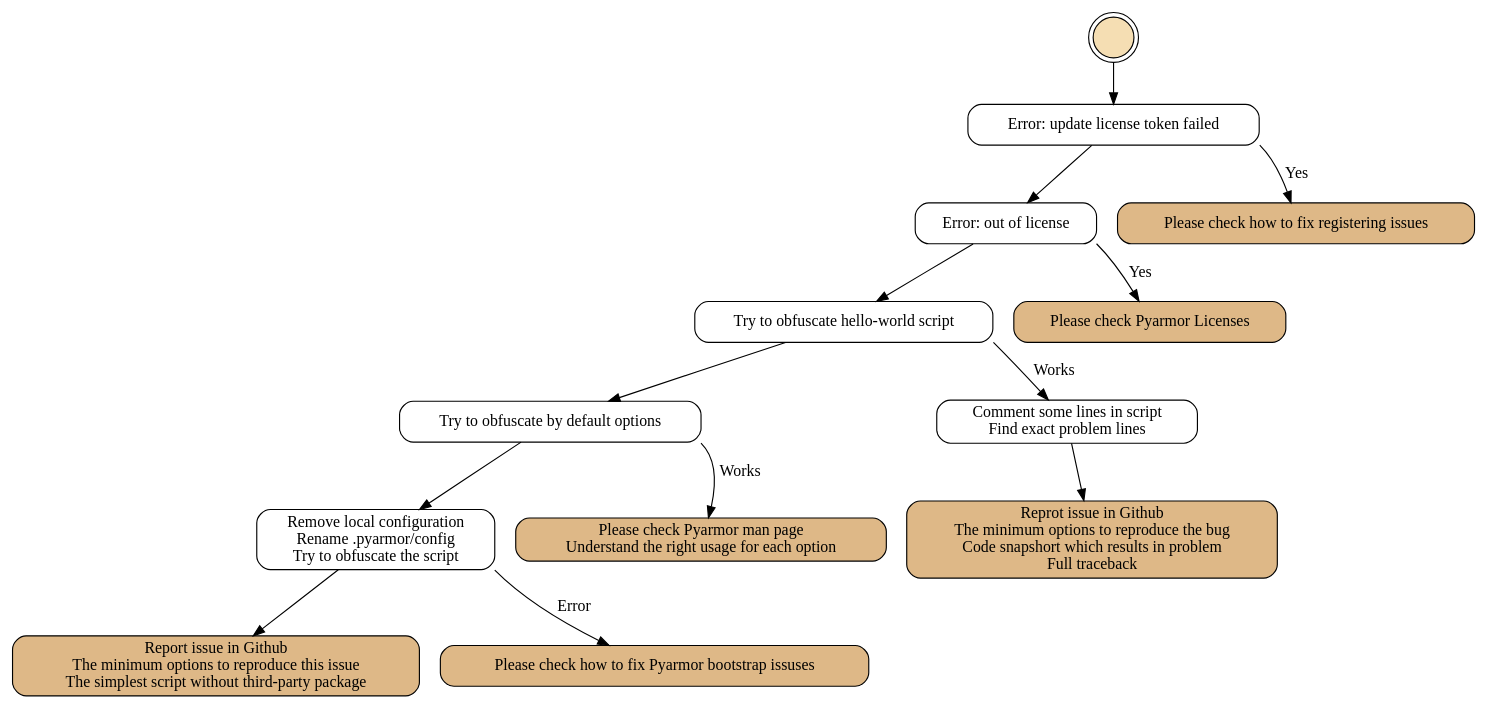
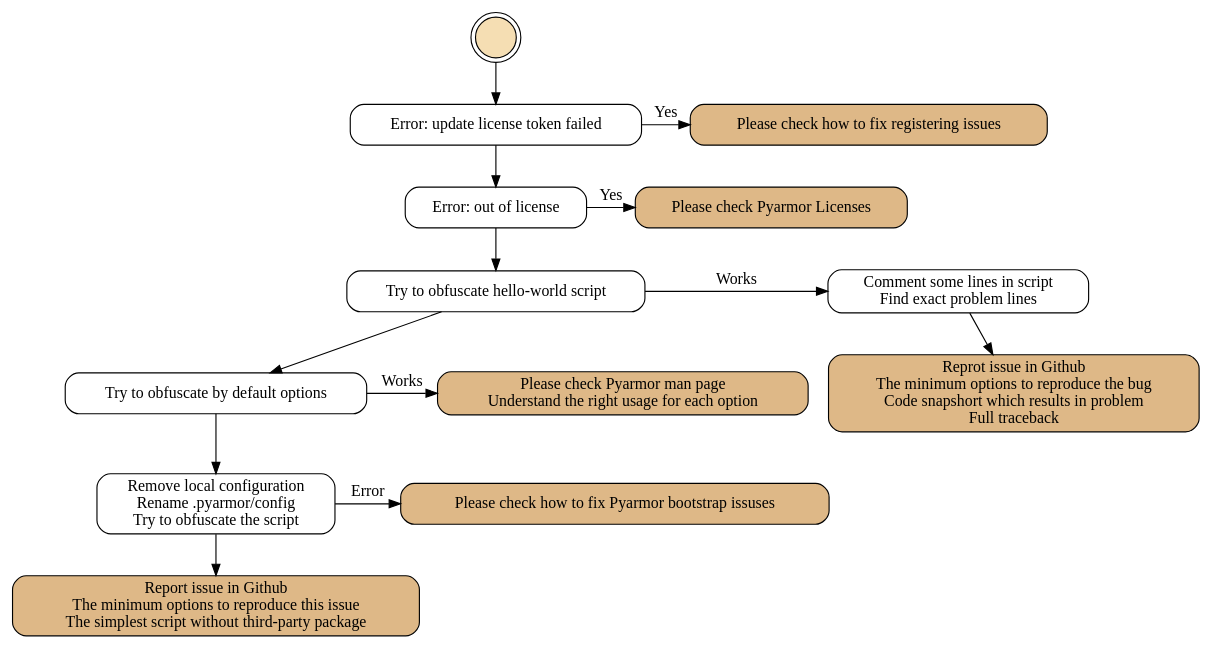
The first of 5 diagrams in pyarmor/learn/en/how-to.rst (dashingsoft/dashingsoft.github.io), drawn with Graphviz before and after one commit. The commit also changed other lines of this file and 1 other file, not shown here.

Commit message:
Refine graph with rand=same

```diff
--- a/pyarmor/learn/en/how-to.rst
+++ b/pyarmor/learn/en/how-to.rst
@@ -28,54 +28,53 @@
 .. graphviz::
    :caption: Fix generating obfuscated scripts issues
    :align: center
    :name: graph-generate-script-issue
 
    digraph G {
       node [shape=box, style=rounded]
 
       start [shape="doublecircle", label="",
              style="filled", fillcolor="wheat"]
 
       subgraph P0 {
           rankdir="TB"
           style="setlinewidth(0)"
 
           s1 [label="Error: update license token failed"]
           s2 [label="Error: out of license"]
           s3 [label="Try to obfuscate hello-world script"]
           s4 [label="Try to obfuscate by default options"]
           s5 [label="Remove local configuration\nRename .pyarmor/config\nTry to obfuscate the script"]
 
           s31 [label="Comment some lines in script\nFind exact problem lines"]
       }
 
       subgraph P1 {
           node [
              style="filled,rounded",
              fillcolor="burlywood",
              ]
 
           n1 [href="https://pyarmor.readthedocs.io/en/latest/reference/solutions.html#fix-register-issue"
               label="Please check how to fix registering issues"]
           n2 [href="https://pyarmor.readthedocs.io/en/latest/licenses.html"
               label="Please check Pyarmor Licenses"]
           n3 [href="https://github.com/dashingsoft/pyarmor/issues"
               label="Reprot issue in Github\nThe minimum options to reproduce the bug\nCode snapshort which results in problem\nFull traceback"]
           n4 [href="https://pyarmor.readthedocs.io/en/latest/reference/man.html#pyarmor-gen"
               label="Please check Pyarmor man page\nUnderstand the right usage for each option"]
           n5 [href="https://pyarmor.readthedocs.io/en/latest/reference/solutions.html#fix-bootstrap-issue"
               label="Please check how to fix Pyarmor bootstrap issuses"]
           nr [href="https://github.com/dashingsoft/pyarmor/issues"
               label="Report issue in Github\nThe minimum options to reproduce this issue\nThe simplest script without third-party package"]
       }
 
       start -> s1 -> s2 -> s3 -> s4 -> s5 -> nr
       s31 -> n3
 
-      edge [tailport=se]
-      s1 -> n1 [label="Yes"]
-      s2 -> n2 [label="Yes"]
-      s3 -> s31 [label="Works"]
-      s4 -> n4 [label="Works"]
-      s5 -> n5 [label="Error"]
+      rank=same { s1 -> n1 [label="Yes"] }
+      rank=same { s2 -> n2 [label="Yes"] }
+      rank=same { s3 -> s31 [label="Works"] }
+      rank=same { s4 -> n4 [label="Works"] }
+      rank=same { s5 -> n5 [label="Error"] }
    }
```
